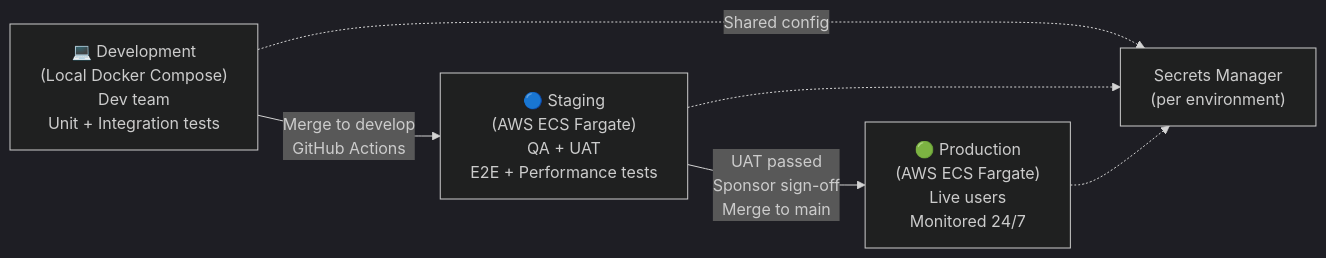
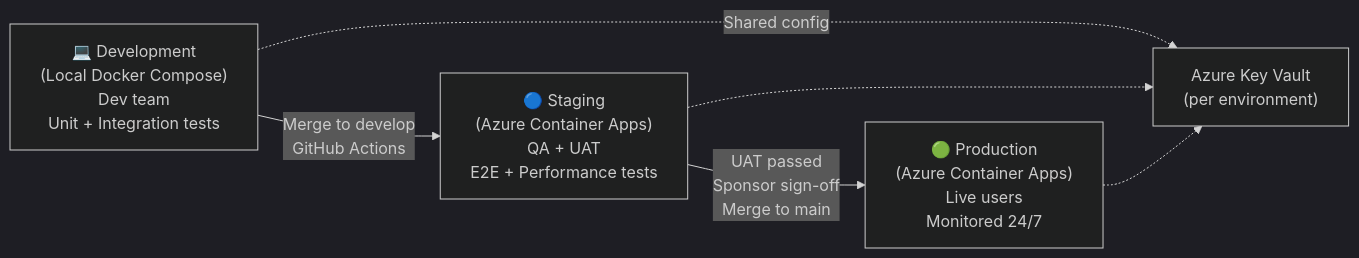
The third of 3 diagrams in docs/diagrams/13-deployment-infrastructure.md (etsqr/flexishift), drawn with Mermaid (dark theme) before and after one commit. The commit also changed other lines of this file and 18 other files, not shown here.

First line of the commit message:
docs: replace all AWS/S3 references with Azure equivalents

````diff
--- a/docs/diagrams/13-deployment-infrastructure.md
+++ b/docs/diagrams/13-deployment-infrastructure.md
@@ -141,13 +139,13 @@
 ```mermaid
 flowchart LR
     DEV["💻 Development\n(Local Docker Compose)\nDev team\nUnit + Integration tests"]
-    STG["🔵 Staging\n(AWS ECS Fargate)\nQA + UAT\nE2E + Performance tests"]
-    PROD["🟢 Production\n(AWS ECS Fargate)\nLive users\nMonitored 24/7"]
+    STG["🔵 Staging\n(Azure Container Apps)\nQA + UAT\nE2E + Performance tests"]
+    PROD["🟢 Production\n(Azure Container Apps)\nLive users\nMonitored 24/7"]
 
     DEV -->|Merge to develop\nGitHub Actions| STG
     STG -->|UAT passed\nSponsor sign-off\nMerge to main| PROD
 
-    DEV -.->|Shared config| CONFIG["Secrets Manager\n(per environment)"]
+    DEV -.->|Shared config| CONFIG["Azure Key Vault\n(per environment)"]
     STG -.-> CONFIG
     PROD -.-> CONFIG
 ```
````
